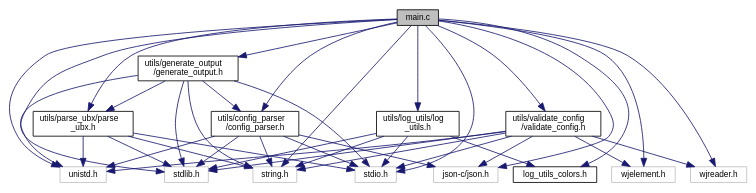
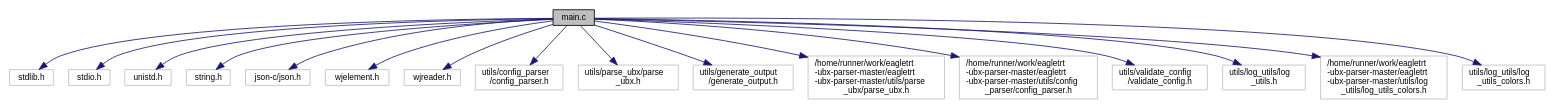
The diagram in main_8c__incl.dot (nicolatoscan/eagletrt-ubx-parser-master), drawn with Graphviz before and after one commit. The commit also changed 185 other files, not shown here.

Commit message:
Deploying to docs from @ nicolatoscan/eagletrt-ubx-parser-master@54f602d299de6b9b698e663fbcd9b45d1175cf30 🚀

```diff
--- a/main_8c__incl.dot
+++ b/main_8c__incl.dot
@@ -1,58 +1,38 @@
 digraph "main.c"
 {
   edge [fontname="Helvetica",fontsize="10",labelfontname="Helvetica",labelfontsize="10"];
   node [fontname="Helvetica",fontsize="10",shape=record];
   Node0 [label="main.c",height=0.2,width=0.4,color="black", fillcolor="grey75", style="filled", fontcolor="black"];
   Node0 -> Node1 [color="midnightblue",fontsize="10",style="solid",fontname="Helvetica"];
   Node1 [label="stdlib.h",height=0.2,width=0.4,color="grey75", fillcolor="white", style="filled"];
   Node0 -> Node2 [color="midnightblue",fontsize="10",style="solid",fontname="Helvetica"];
   Node2 [label="stdio.h",height=0.2,width=0.4,color="grey75", fillcolor="white", style="filled"];
   Node0 -> Node3 [color="midnightblue",fontsize="10",style="solid",fontname="Helvetica"];
   Node3 [label="unistd.h",height=0.2,width=0.4,color="grey75", fillcolor="white", style="filled"];
   Node0 -> Node4 [color="midnightblue",fontsize="10",style="solid",fontname="Helvetica"];
   Node4 [label="string.h",height=0.2,width=0.4,color="grey75", fillcolor="white", style="filled"];
   Node0 -> Node5 [color="midnightblue",fontsize="10",style="solid",fontname="Helvetica"];
   Node5 [label="json-c/json.h",height=0.2,width=0.4,color="grey75", fillcolor="white", style="filled"];
   Node0 -> Node6 [color="midnightblue",fontsize="10",style="solid",fontname="Helvetica"];
   Node6 [label="wjelement.h",height=0.2,width=0.4,color="grey75", fillcolor="white", style="filled"];
   Node0 -> Node7 [color="midnightblue",fontsize="10",style="solid",fontname="Helvetica"];
   Node7 [label="wjreader.h",height=0.2,width=0.4,color="grey75", fillcolor="white", style="filled"];
   Node0 -> Node8 [color="midnightblue",fontsize="10",style="solid",fontname="Helvetica"];
-  Node8 [label="utils/config_parser\l/config_parser.h",height=0.2,width=0.4,color="black", fillcolor="white", style="filled",URL="$config__parser_8h.html"];
-  Node8 -> Node1 [color="midnightblue",fontsize="10",style="solid",fontname="Helvetica"];
-  Node8 -> Node2 [color="midnightblue",fontsize="10",style="solid",fontname="Helvetica"];
-  Node8 -> Node3 [color="midnightblue",fontsize="10",style="solid",fontname="Helvetica"];
-  Node8 -> Node4 [color="midnightblue",fontsize="10",style="solid",fontname="Helvetica"];
-  Node8 -> Node5 [color="midnightblue",fontsize="10",style="solid",fontname="Helvetica"];
+  Node8 [label="utils/config_parser\l/config_parser.h",height=0.2,width=0.4,color="grey75", fillcolor="white", style="filled"];
   Node0 -> Node9 [color="midnightblue",fontsize="10",style="solid",fontname="Helvetica"];
-  Node9 [label="utils/parse_ubx/parse\l_ubx.h",height=0.2,width=0.4,color="black", fillcolor="white", style="filled",URL="$parse__ubx_8h.html"];
-  Node9 -> Node1 [color="midnightblue",fontsize="10",style="solid",fontname="Helvetica"];
-  Node9 -> Node2 [color="midnightblue",fontsize="10",style="solid",fontname="Helvetica"];
-  Node9 -> Node3 [color="midnightblue",fontsize="10",style="solid",fontname="Helvetica"];
-  Node9 -> Node4 [color="midnightblue",fontsize="10",style="solid",fontname="Helvetica"];
+  Node9 [label="utils/parse_ubx/parse\l_ubx.h",height=0.2,width=0.4,color="grey75", fillcolor="white", style="filled"];
   Node0 -> Node10 [color="midnightblue",fontsize="10",style="solid",fontname="Helvetica"];
-  Node10 [label="utils/generate_output\l/generate_output.h",height=0.2,width=0.4,color="black", fillcolor="white", style="filled",URL="$generate__output_8h.html"];
-  Node10 -> Node1 [color="midnightblue",fontsize="10",style="solid",fontname="Helvetica"];
-  Node10 -> Node2 [color="midnightblue",fontsize="10",style="solid",fontname="Helvetica"];
-  Node10 -> Node3 [color="midnightblue",fontsize="10",style="solid",fontname="Helvetica"];
-  Node10 -> Node4 [color="midnightblue",fontsize="10",style="solid",fontname="Helvetica"];
-  Node10 -> Node9 [color="midnightblue",fontsize="10",style="solid",fontname="Helvetica"];
-  Node10 -> Node8 [color="midnightblue",fontsize="10",style="solid",fontname="Helvetica"];
+  Node10 [label="utils/generate_output\l/generate_output.h",height=0.2,width=0.4,color="grey75", fillcolor="white", style="filled"];
   Node0 -> Node11 [color="midnightblue",fontsize="10",style="solid",fontname="Helvetica"];
-  Node11 [label="utils/validate_config\l/validate_config.h",height=0.2,width=0.4,color="black", fillcolor="white", style="filled",URL="$validate__config_8h.html"];
-  Node11 -> Node1 [color="midnightblue",fontsize="10",style="solid",fontname="Helvetica"];
-  Node11 -> Node2 [color="midnightblue",fontsize="10",style="solid",fontname="Helvetica"];
-  Node11 -> Node3 [color="midnightblue",fontsize="10",style="solid",fontname="Helvetica"];
-  Node11 -> Node4 [color="midnightblue",fontsize="10",style="solid",fontname="Helvetica"];
-  Node11 -> Node5 [color="midnightblue",fontsize="10",style="solid",fontname="Helvetica"];
-  Node11 -> Node6 [color="midnightblue",fontsize="10",style="solid",fontname="Helvetica"];
-  Node11 -> Node7 [color="midnightblue",fontsize="10",style="solid",fontname="Helvetica"];
+  Node11 [label="/home/runner/work/eagletrt\l-ubx-parser-master/eagletrt\l-ubx-parser-master/utils/parse\l_ubx/parse_ubx.h",height=0.2,width=0.4,color="grey75", fillcolor="white", style="filled"];
   Node0 -> Node12 [color="midnightblue",fontsize="10",style="solid",fontname="Helvetica"];
-  Node12 [label="utils/log_utils/log\l_utils.h",height=0.2,width=0.4,color="black", fillcolor="white", style="filled",URL="$log__utils_8h.html"];
-  Node12 -> Node1 [color="midnightblue",fontsize="10",style="solid",fontname="Helvetica"];
-  Node12 -> Node2 [color="midnightblue",fontsize="10",style="solid",fontname="Helvetica"];
-  Node12 -> Node4 [color="midnightblue",fontsize="10",style="solid",fontname="Helvetica"];
-  Node12 -> Node13 [color="midnightblue",fontsize="10",style="solid",fontname="Helvetica"];
-  Node13 [label="log_utils_colors.h",height=0.2,width=0.4,color="black", fillcolor="white", style="filled",URL="$log__utils__colors_8h.html"];
+  Node12 [label="/home/runner/work/eagletrt\l-ubx-parser-master/eagletrt\l-ubx-parser-master/utils/config\l_parser/config_parser.h",height=0.2,width=0.4,color="grey75", fillcolor="white", style="filled"];
   Node0 -> Node13 [color="midnightblue",fontsize="10",style="solid",fontname="Helvetica"];
+  Node13 [label="utils/validate_config\l/validate_config.h",height=0.2,width=0.4,color="grey75", fillcolor="white", style="filled"];
+  Node0 -> Node14 [color="midnightblue",fontsize="10",style="solid",fontname="Helvetica"];
+  Node14 [label="utils/log_utils/log\l_utils.h",height=0.2,width=0.4,color="grey75", fillcolor="white", style="filled"];
+  Node0 -> Node15 [color="midnightblue",fontsize="10",style="solid",fontname="Helvetica"];
+  Node15 [label="/home/runner/work/eagletrt\l-ubx-parser-master/eagletrt\l-ubx-parser-master/utils/log\l_utils/log_utils_colors.h",height=0.2,width=0.4,color="grey75", fillcolor="white", style="filled"];
+  Node0 -> Node16 [color="midnightblue",fontsize="10",style="solid",fontname="Helvetica"];
+  Node16 [label="utils/log_utils/log\l_utils_colors.h",height=0.2,width=0.4,color="grey75", fillcolor="white", style="filled"];
 }
```
